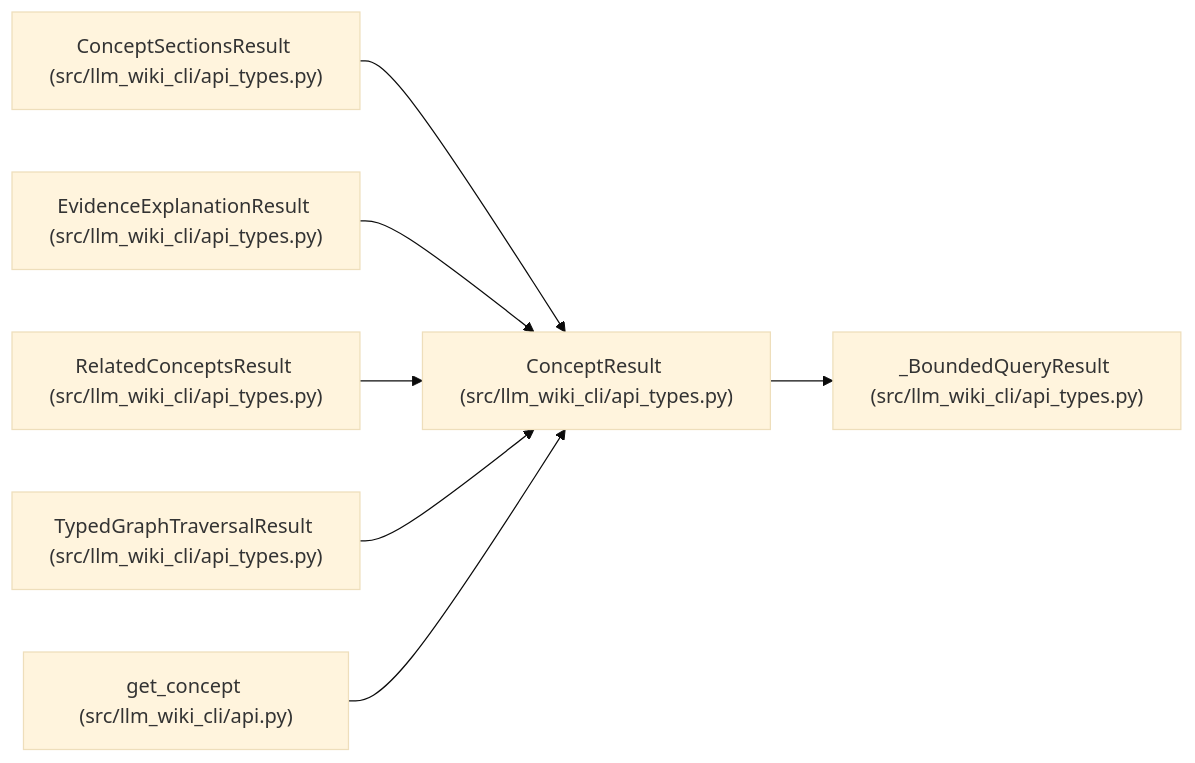
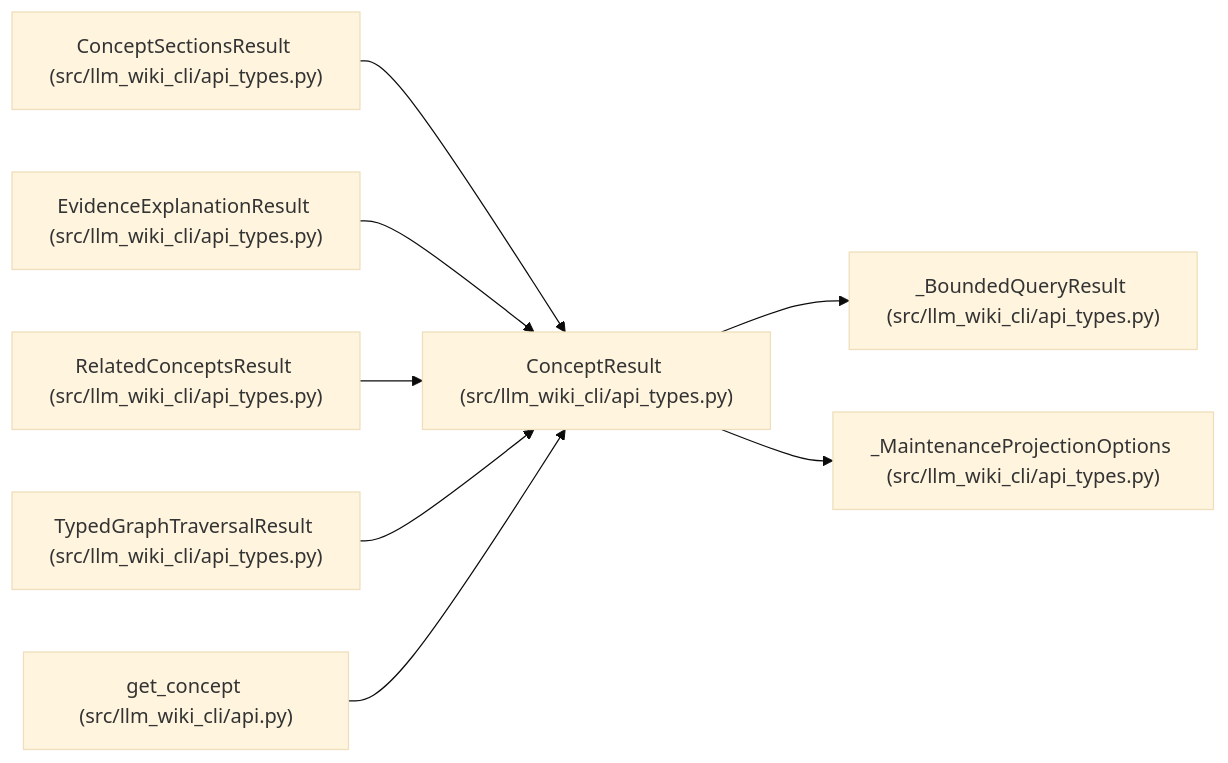
The diagram in docs/llm_wiki/entities/ConceptResult.md (Denissvgn/python-wiki-llm), drawn with Mermaid (base theme) before and after one commit. The commit also changed other lines of this file and 268 other files, not shown here.

````diff
--- a/docs/llm_wiki/entities/ConceptResult.md
+++ b/docs/llm_wiki/entities/ConceptResult.md
@@ -28,23 +28,26 @@
 ```mermaid
 flowchart LR
     n0["ConceptResult (src/llm_wiki_cli/api_types.py)"]
     n1["_BoundedQueryResult (src/llm_wiki_cli/api_types.py)"]
-    n2["ConceptSectionsResult (src/llm_wiki_cli/api_types.py)"]
-    n3["EvidenceExplanationResult (src/llm_wiki_cli/api_types.py)"]
-    n4["RelatedConceptsResult (src/llm_wiki_cli/api_types.py)"]
-    n5["TypedGraphTraversalResult (src/llm_wiki_cli/api_types.py)"]
-    n6["get_concept (src/llm_wiki_cli/api.py)"]
+    n2["_MaintenanceProjectionOptions (src/llm_wiki_cli/api_types.py)"]
+    n3["ConceptSectionsResult (src/llm_wiki_cli/api_types.py)"]
+    n4["EvidenceExplanationResult (src/llm_wiki_cli/api_types.py)"]
+    n5["RelatedConceptsResult (src/llm_wiki_cli/api_types.py)"]
+    n6["TypedGraphTraversalResult (src/llm_wiki_cli/api_types.py)"]
+    n7["get_concept (src/llm_wiki_cli/api.py)"]
     n0 --> n1
-    n2 --> n0
+    n0 --> n2
     n3 --> n0
     n4 --> n0
     n5 --> n0
     n6 --> n0
+    n7 --> n0
     click n0 "../modules/api_types.md"
     click n1 "../modules/api_types.md"
     click n2 "../modules/api_types.md"
     click n3 "../modules/api_types.md"
     click n4 "../modules/api_types.md"
     click n5 "../modules/api_types.md"
-    click n6 "../modules/api.md"
+    click n6 "../modules/api_types.md"
+    click n7 "../modules/api.md"
 ```
````
